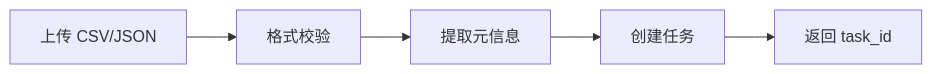
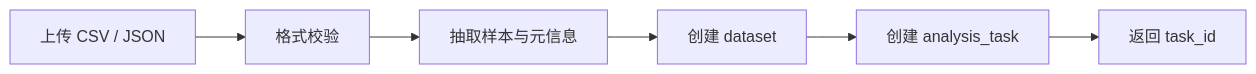
The fourth of 18 diagrams in steps/day1-day15-summary.md (juemimgcd/sentiFlow), drawn with Mermaid before and after one commit. The commit also changed other lines of this file and 2 other files, not shown here.

````diff
--- a/steps/day1-day15-summary.md
+++ b/steps/day1-day15-summary.md
@@ -121,7 +147,8 @@
 ```mermaid
 flowchart LR
-    A[上传 CSV/JSON] --> B[格式校验]
-    B --> C[提取元信息]
-    C --> D[创建任务]
-    D --> E[返回 task_id]
+    A[上传 CSV / JSON] --> B[格式校验]
+    B --> C[抽取样本与元信息]
+    C --> D[创建 dataset]
+    D --> E[创建 analysis_task]
+    E --> F[返回 task_id]
 ```
````
